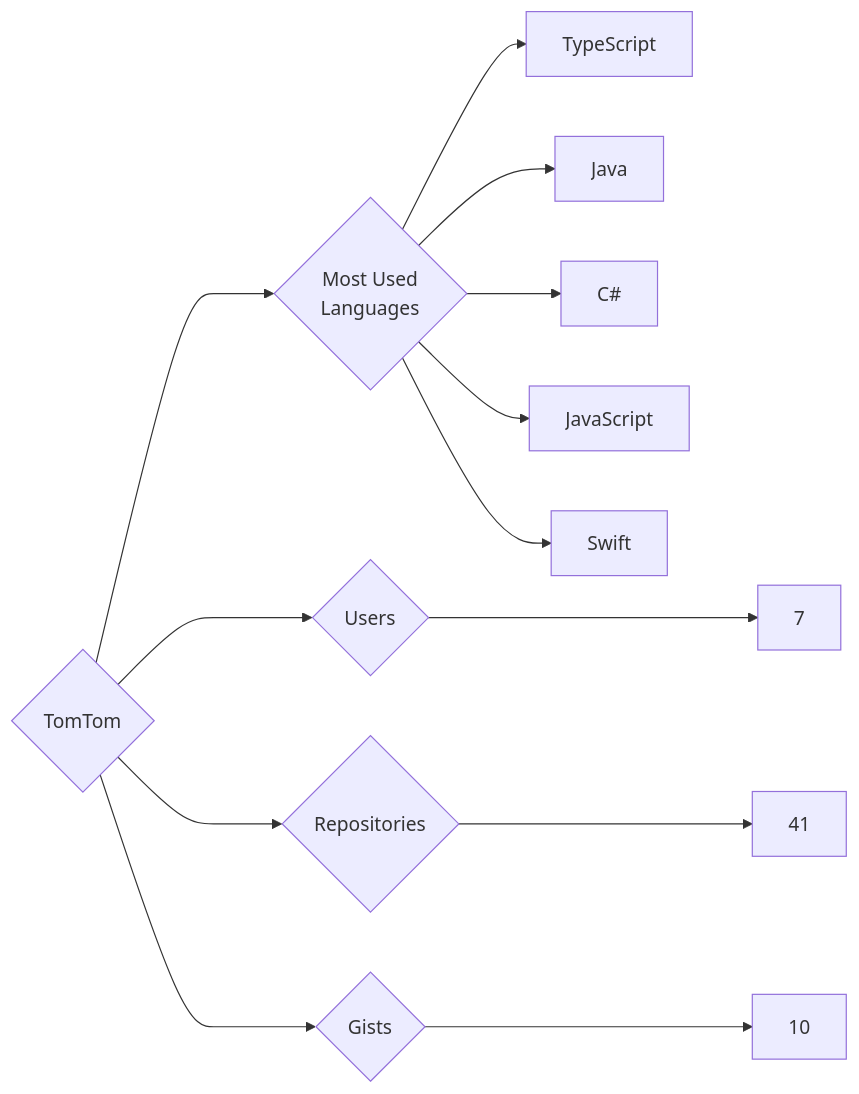
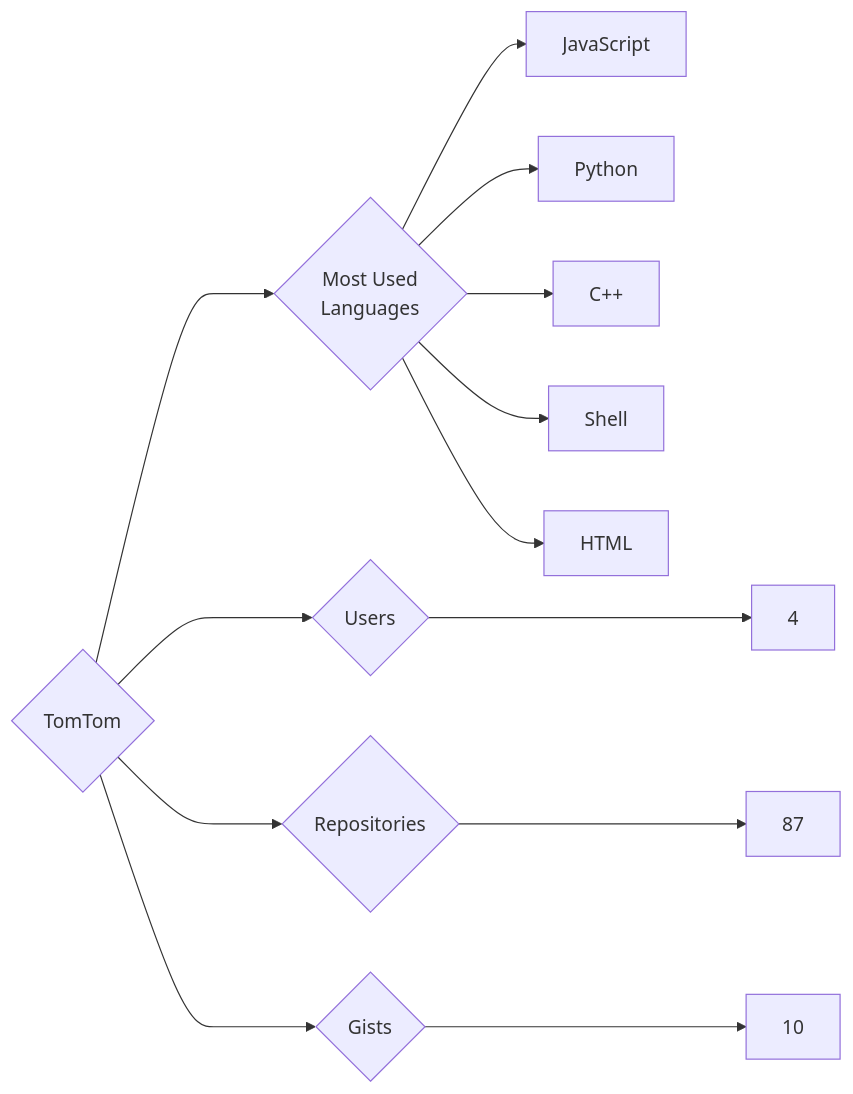
Before and after one commit to trickest/insiders: the diagram in targets/TomTom/README.md, drawn with Mermaid. The commit also changed 1248 other files, not shown here.

````diff
--- a/targets/TomTom/README.md
+++ b/targets/TomTom/README.md
@@ -3,13 +3,13 @@
 ```mermaid
 graph LR
 COMPANY_NAME{TomTom}
-COMPANY_NAME ---> U{Users} ---> UN[7]
-COMPANY_NAME ---> R{Repositories} ---> RN[41]
+COMPANY_NAME ---> U{Users} ---> UN[4]
+COMPANY_NAME ---> R{Repositories} ---> RN[87]
 COMPANY_NAME ---> G{Gists} ---> GN[10]
 COMPANY_NAME ---> ML{Most Used<br>Languages}
-ML --> TypeScript[TypeScript]
-ML --> Java[Java]
-ML --> C#[C#]
 ML --> JavaScript[JavaScript]
-ML --> Swift[Swift]
+ML --> Python[Python]
+ML --> C++[C++]
+ML --> Shell[Shell]
+ML --> HTML[HTML]
 ```
````
